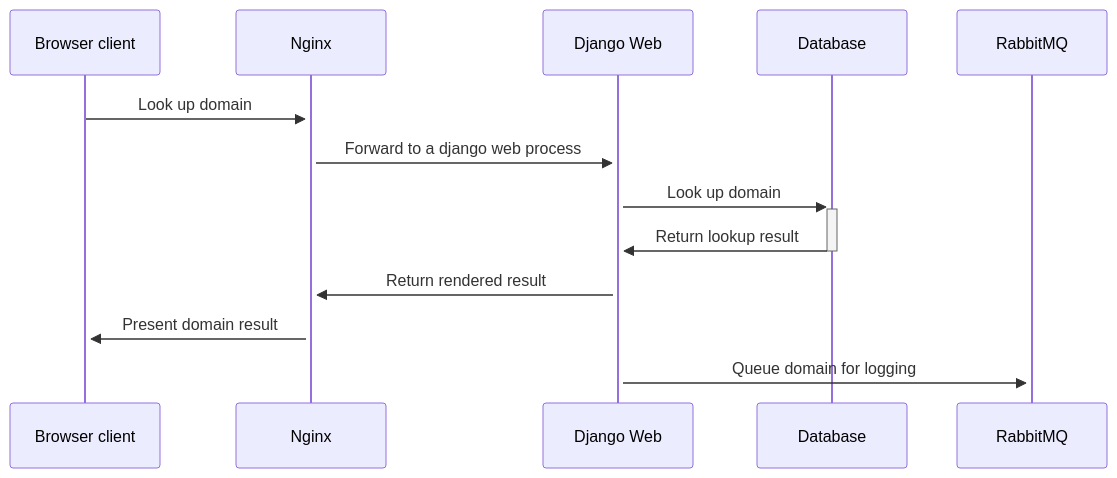
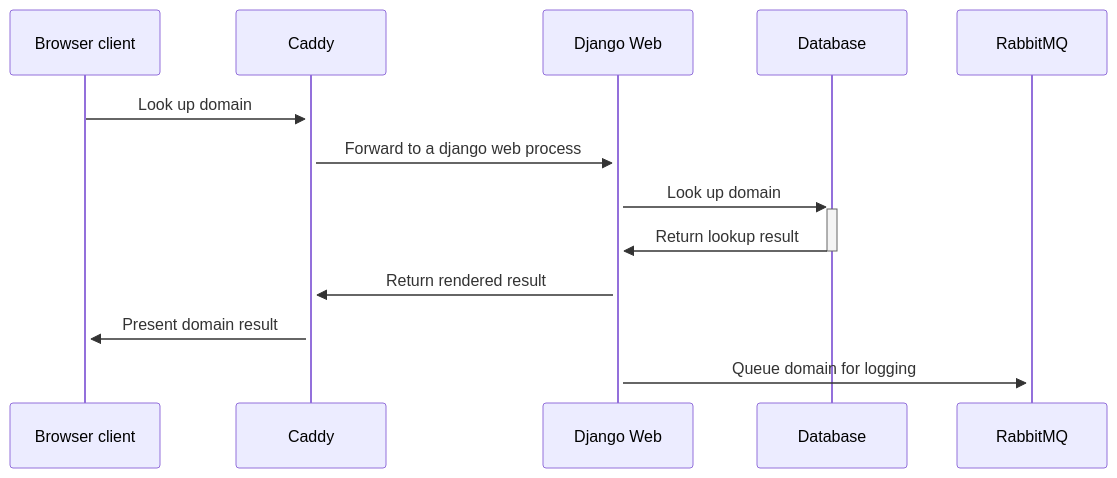
Before and after one commit to thegreenwebfoundation/admin-portal: the first of 3 diagrams in docs/understanding-the flow-of-a-greencheck.md, drawn with Mermaid. The commit also changed other lines of this file and 4 other files, not shown here.

````diff
--- a/docs/understanding-the flow-of-a-greencheck.md
+++ b/docs/understanding-the flow-of-a-greencheck.md
@@ -13,12 +13,12 @@
 ```{mermaid}
 sequenceDiagram
 
-    Browser client->>+Nginx: Look up domain
-    Nginx->>+Django Web: Forward to a django web process
+    Browser client->>+Caddy: Look up domain
+    Caddy->>+Django Web: Forward to a django web process
     Django Web->>+Database: Look up domain
     Database->>-Django Web: Return lookup result
-    Django Web->>+Nginx: Return rendered result
+    Django Web->>+Caddy: Return rendered result
 
-    Nginx->>+Browser client: Present domain result
+    Caddy->>+Browser client: Present domain result
     Django Web->>+RabbitMQ: Queue domain for logging
 ```
````
